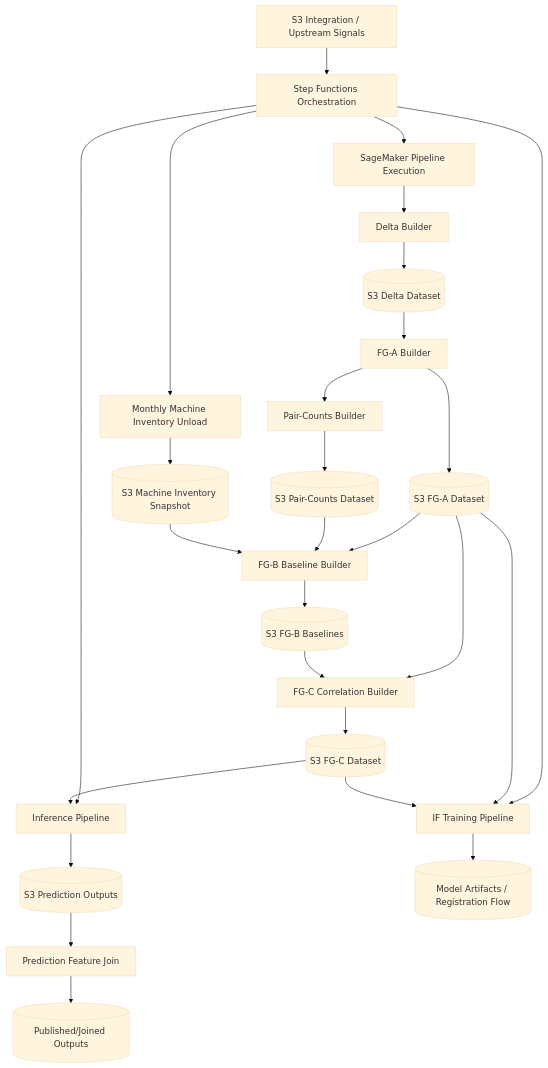
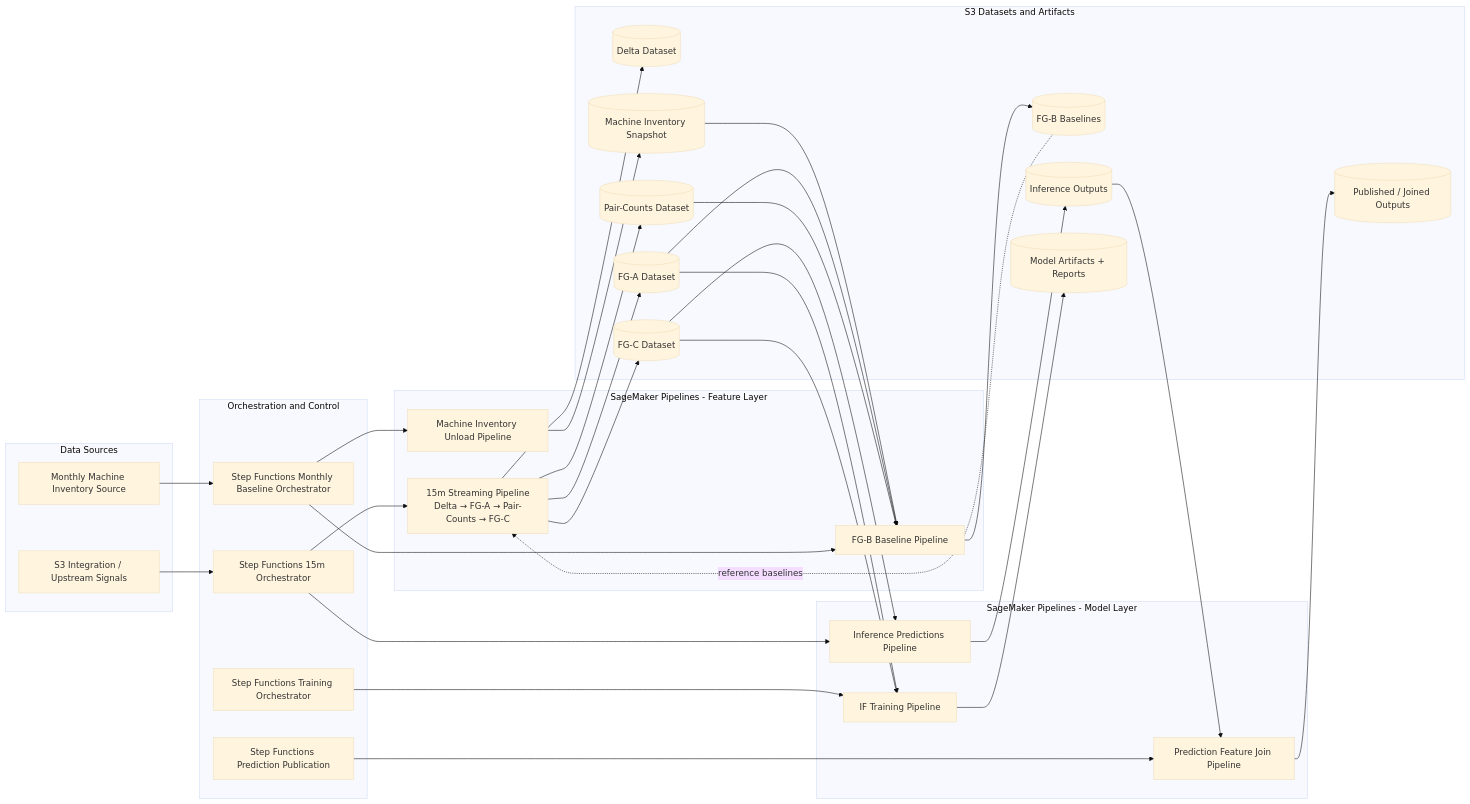
The diagram in ndr_features_pipeline/docs/architecture/diagrams/pipeline_flow.md (eyal-ran/ndr_features_pipeline), drawn with Mermaid (base theme) before and after one commit. The commit also changed other lines of this file and 6 other files, not shown here.

````diff
--- a/ndr_features_pipeline/docs/architecture/diagrams/pipeline_flow.md
+++ b/ndr_features_pipeline/docs/architecture/diagrams/pipeline_flow.md
@@ -3,38 +3,71 @@
 ```mermaid
-flowchart TD
-    A[S3 Integration / Upstream Signals] --> B[Step Functions Orchestration]
-    B --> C[SageMaker Pipeline Execution]
+flowchart LR
+    subgraph Sources[Data Sources]
+        A1[S3 Integration / Upstream Signals]
+        A2[Monthly Machine Inventory Source]
+    end
 
-    C --> D[Delta Builder]
-    D --> E[(S3 Delta Dataset)]
+    subgraph Orchestration[Orchestration and Control]
+        B1[Step Functions 15m Orchestrator]
+        B2[Step Functions Monthly Baseline Orchestrator]
+        B3[Step Functions Training Orchestrator]
+        B4[Step Functions Prediction Publication]
+    end
 
-    E --> F[FG-A Builder]
-    F --> G[(S3 FG-A Dataset)]
+    subgraph FeaturePipelines[SageMaker Pipelines - Feature Layer]
+        C1[15m Streaming Pipeline\nDelta → FG-A → Pair-Counts → FG-C]
+        C2[FG-B Baseline Pipeline]
+        C3[Machine Inventory Unload Pipeline]
+    end
 
-    F --> H[Pair-Counts Builder]
-    H --> I[(S3 Pair-Counts Dataset)]
+    subgraph ModelPipelines[SageMaker Pipelines - Model Layer]
+        D1[Inference Predictions Pipeline]
+        D2[IF Training Pipeline]
+        D3[Prediction Feature Join Pipeline]
+    end
 
-    G --> J[FG-B Baseline Builder]
-    I --> J
-    J --> K[(S3 FG-B Baselines)]
+    subgraph Storage[S3 Datasets and Artifacts]
+        E1[(Delta Dataset)]
+        E2[(FG-A Dataset)]
+        E3[(Pair-Counts Dataset)]
+        E4[(FG-B Baselines)]
+        E5[(FG-C Dataset)]
+        E6[(Inference Outputs)]
+        E7[(Published / Joined Outputs)]
+        E8[(Model Artifacts + Reports)]
+        E9[(Machine Inventory Snapshot)]
+    end
 
-    G --> L[FG-C Correlation Builder]
-    K --> L
-    L --> M[(S3 FG-C Dataset)]
+    A1 --> B1
+    A2 --> B2
 
-    B --> N[Inference Pipeline]
-    M --> N
-    N --> O[(S3 Prediction Outputs)]
+    B1 --> C1
+    C1 --> E1
+    C1 --> E2
+    C1 --> E3
+    C1 --> E5
 
-    O --> P[Prediction Feature Join]
-    P --> Q[(Published/Joined Outputs)]
+    B2 --> C3
+    C3 --> E9
+    E9 --> C2
 
-    B --> R[IF Training Pipeline]
-    G --> R
-    M --> R
-    R --> S[(Model Artifacts / Registration Flow)]
+    B2 --> C2
+    E2 --> C2
+    E3 --> C2
+    C2 --> E4
 
-    B --> T[Monthly Machine Inventory Unload]
-    T --> U[(S3 Machine Inventory Snapshot)]
-    U --> J
+    B1 --> D1
+    E5 --> D1
+    D1 --> E6
+
+    B4 --> D3
+    E6 --> D3
+    D3 --> E7
+
+    B3 --> D2
+    E2 --> D2
+    E5 --> D2
+    D2 --> E8
+
+    E4 -. reference baselines .-> C1
 ```
````
